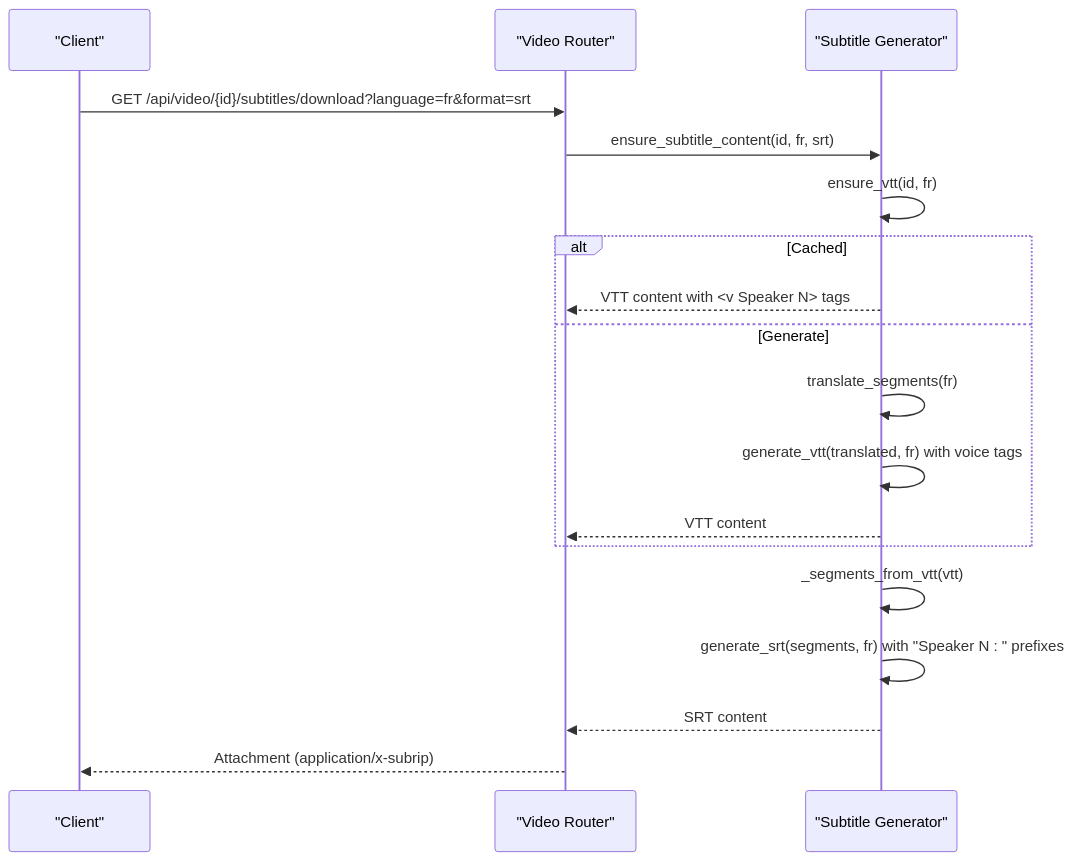
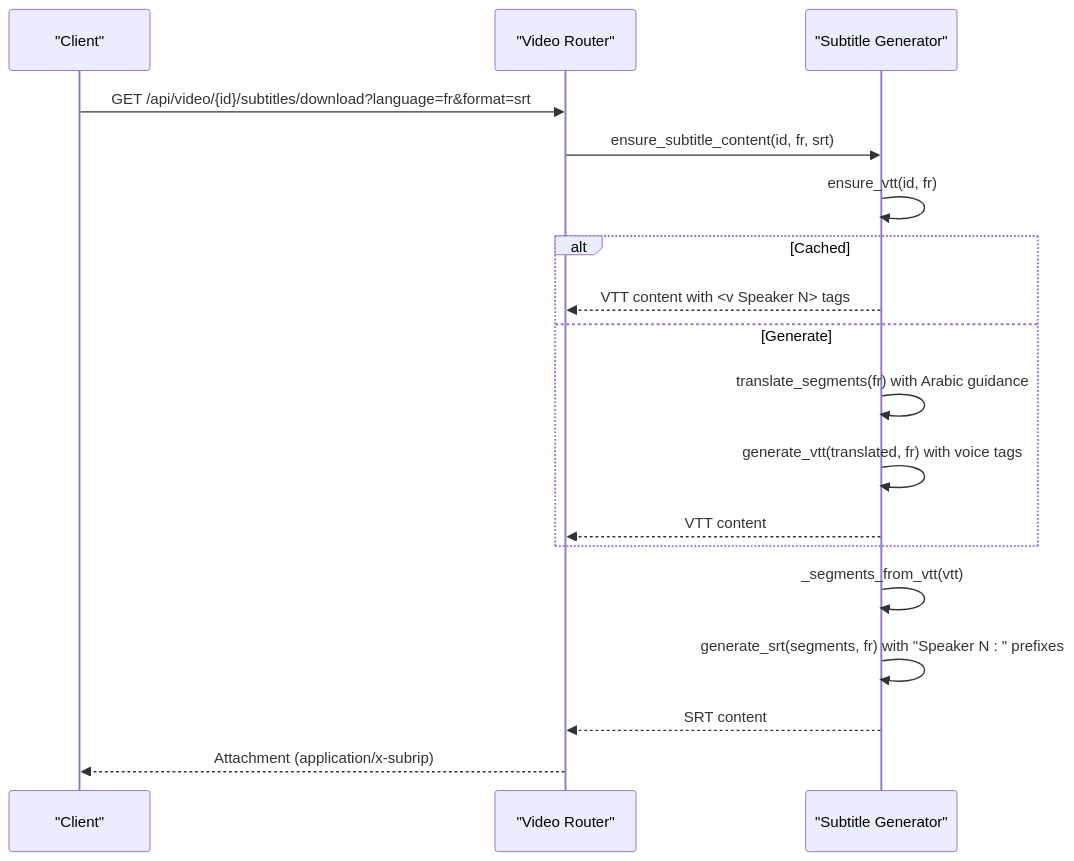
One commit to alexandreybasta-cyber/dubai-media-ai changed the fourth of 9 diagrams in .qoder/repowiki/en/content/Media Processing Pipeline/Subtitle Generation Module.md. Above: the diagram before and after it, drawn with Mermaid. The commit also changed other lines of this file and 8 other files, not shown here.

````diff
--- a/.qoder/repowiki/en/content/Media Processing Pipeline/Subtitle Generation Module.md
+++ b/.qoder/repowiki/en/content/Media Processing Pipeline/Subtitle Generation Module.md
@@ -206,20 +212,20 @@
 ```mermaid
 sequenceDiagram
 participant Client as "Client"
 participant Router as "Video Router"
 participant SG as "Subtitle Generator"
 Client->>Router : GET /api/video/{id}/subtitles/download?language=fr&format=srt
 Router->>SG : ensure_subtitle_content(id, fr, srt)
 SG->>SG : ensure_vtt(id, fr)
 alt Cached
 SG-->>Router : VTT content with <v Speaker N> tags
 else Generate
-SG->>SG : translate_segments(fr)
+SG->>SG : translate_segments(fr) with Arabic guidance
 SG->>SG : generate_vtt(translated, fr) with voice tags
 SG-->>Router : VTT content
 end
 SG->>SG : _segments_from_vtt(vtt)
 SG->>SG : generate_srt(segments, fr) with "Speaker N : " prefixes
 SG-->>Router : SRT content
 Router-->>Client : Attachment (application/x-subrip)
 ```
````
